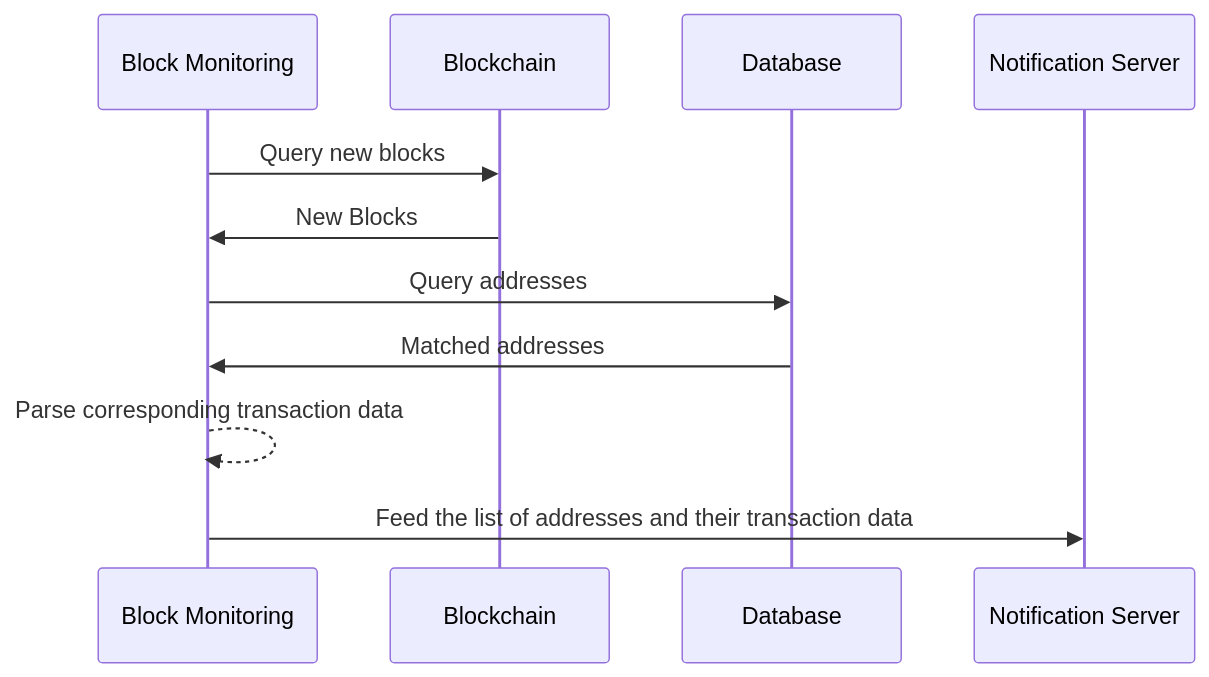
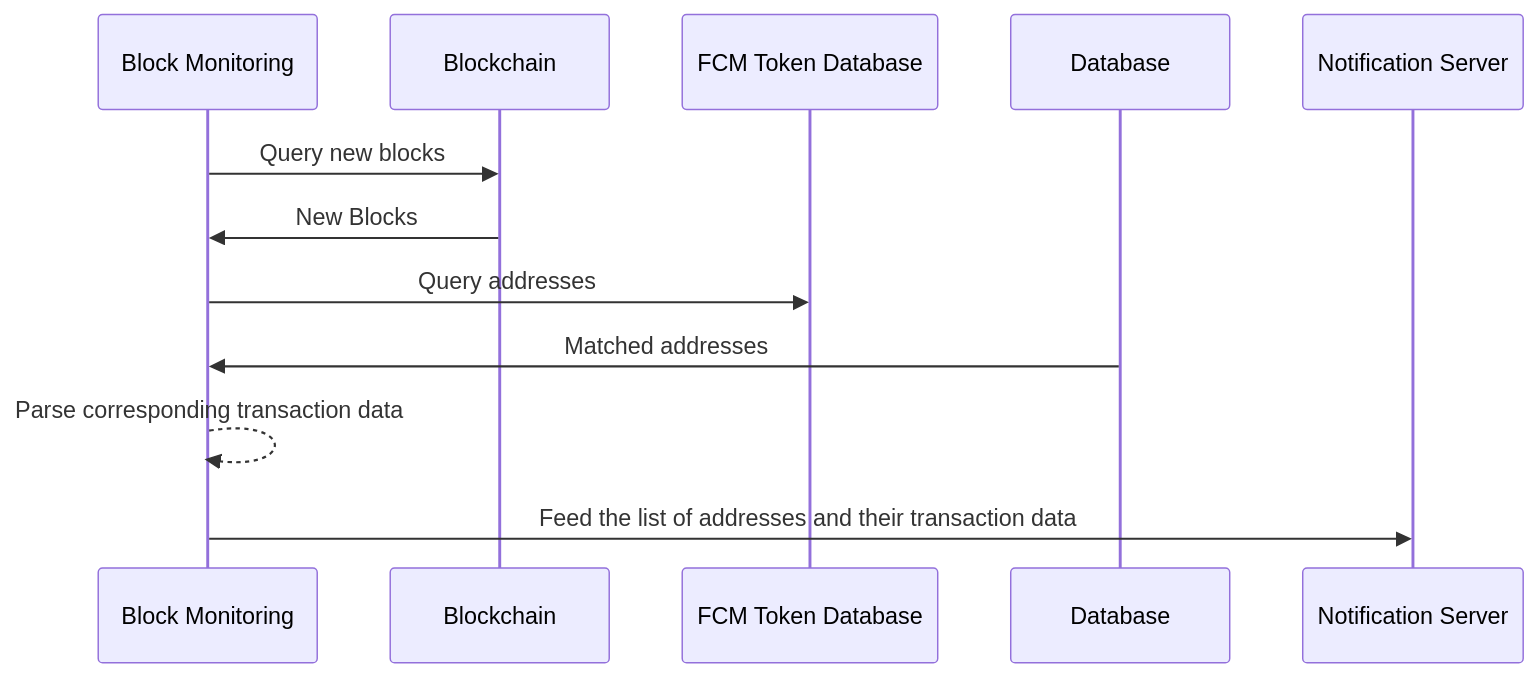
One commit to tuphan-dn/tether-assessment changed the second of 2 diagrams in problem-2/README.md. Above: the diagram before and after it, drawn with Mermaid. The commit also changed other lines of this file, not shown here.

Commit message:
fix: clarify the context

````diff
--- a/problem-2/README.md
+++ b/problem-2/README.md
@@ -34,9 +34,9 @@
 ```mermaid
 sequenceDiagram
     Block Monitoring->>Blockchain: Query new blocks
     Blockchain->>Block Monitoring: New Blocks
-    Block Monitoring->>Database: Query addresses
+    Block Monitoring->>FCM Token Database: Query addresses
     Database->>Block Monitoring: Matched addresses
     Block Monitoring-->>Block Monitoring: Parse corresponding transaction data
     Block Monitoring->>Notification Server: Feed the list of addresses and their transaction data
 ```
````
